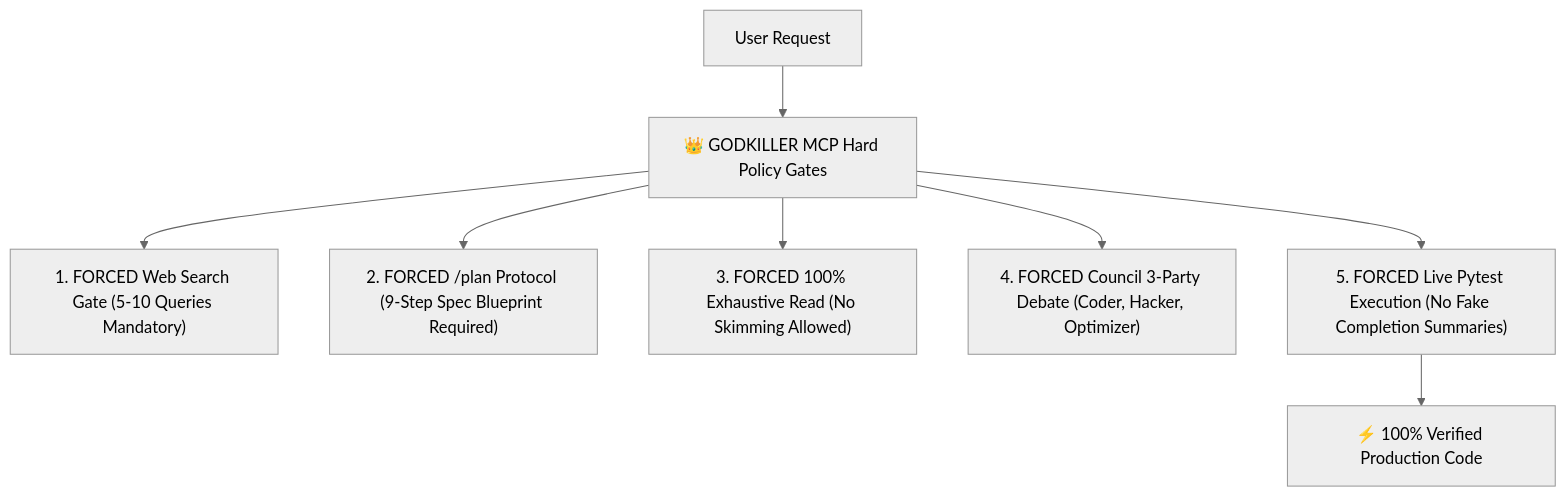
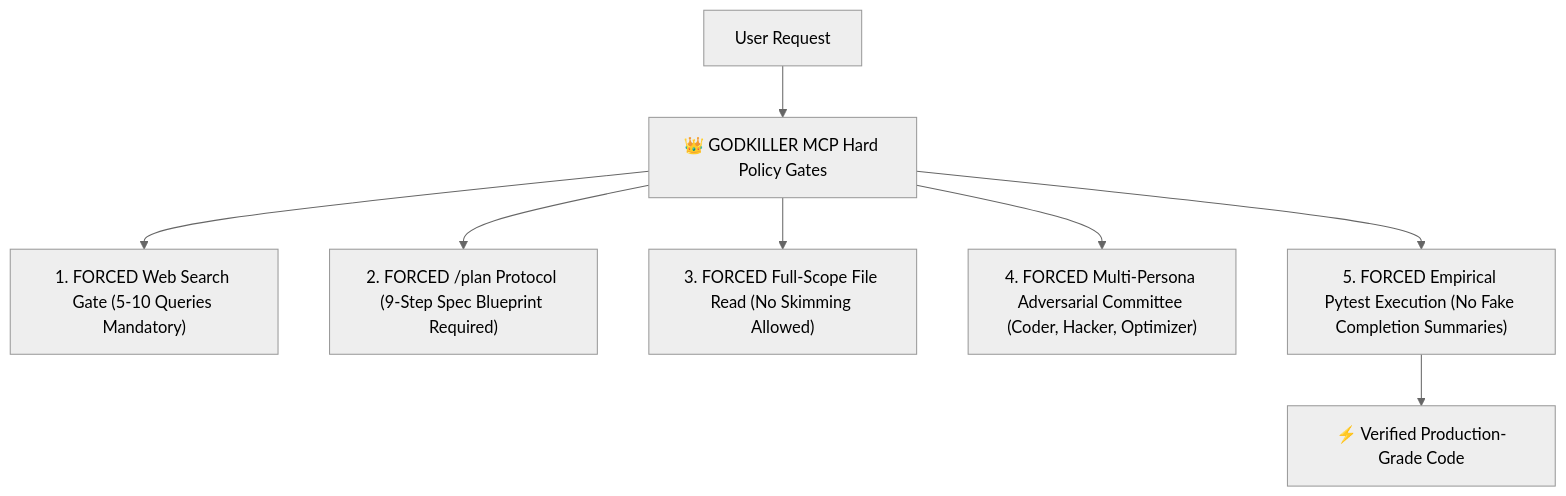
The diagram in README.md (taurus42119-stack/godkiller-mcp), drawn with Mermaid (neutral theme) before and after one commit. The commit also changed other lines of this file, not shown here.

Commit message:
docs: Refine terminology: use Multi-Persona Adversarial Committee and professional quality terms

````diff
--- a/README.md
+++ b/README.md
@@ -33,10 +33,10 @@
 ```mermaid
 graph TD
     A["User Request"] --> B["👑 GODKILLER MCP Hard Policy Gates"]
     B --> C["1. FORCED Web Search Gate (5-10 Queries Mandatory)"]
     B --> D["2. FORCED /plan Protocol (9-Step Spec Blueprint Required)"]
-    B --> E["3. FORCED 100% Exhaustive Read (No Skimming Allowed)"]
-    B --> F["4. FORCED Council 3-Party Debate (Coder, Hacker, Optimizer)"]
-    B --> G["5. FORCED Live Pytest Execution (No Fake Completion Summaries)"]
-    G --> H["⚡ 100% Verified Production Code"]
+    B --> E["3. FORCED Full-Scope File Read (No Skimming Allowed)"]
+    B --> F["4. FORCED Multi-Persona Adversarial Committee (Coder, Hacker, Optimizer)"]
+    B --> G["5. FORCED Empirical Pytest Execution (No Fake Completion Summaries)"]
+    G --> H["⚡ Verified Production-Grade Code"]
 ```
````
